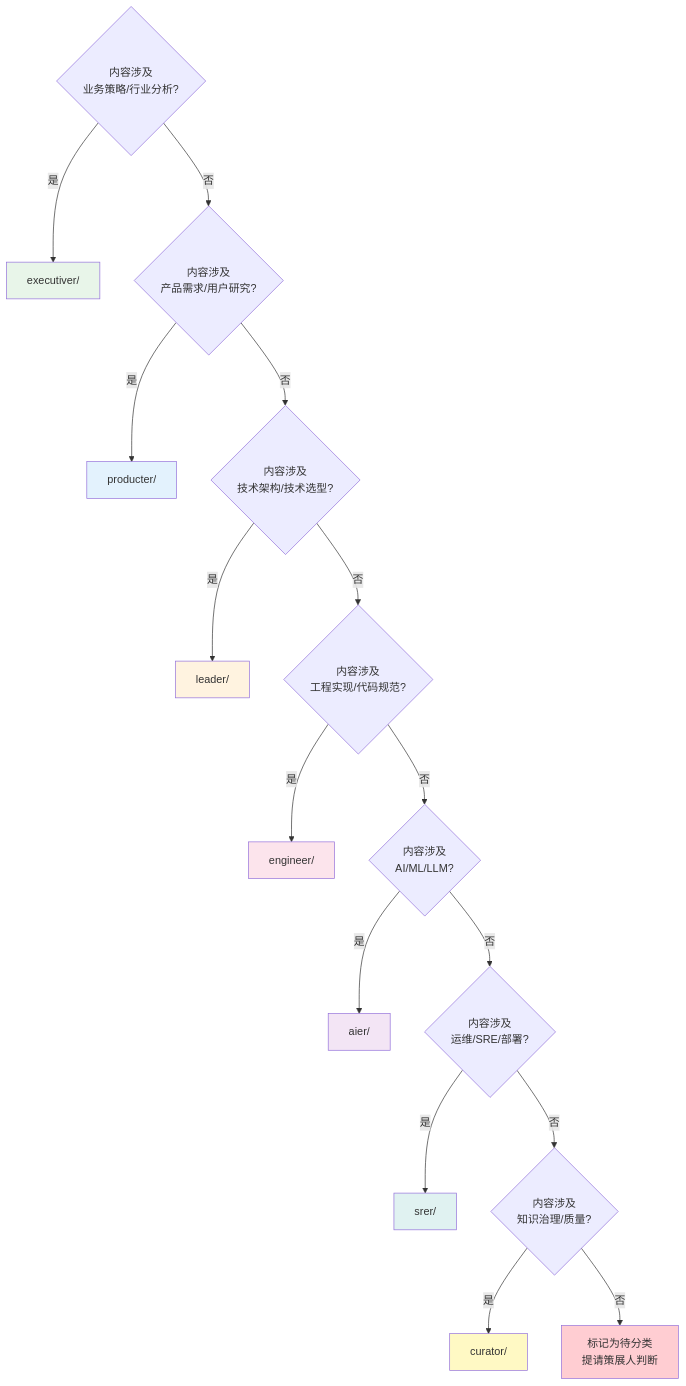
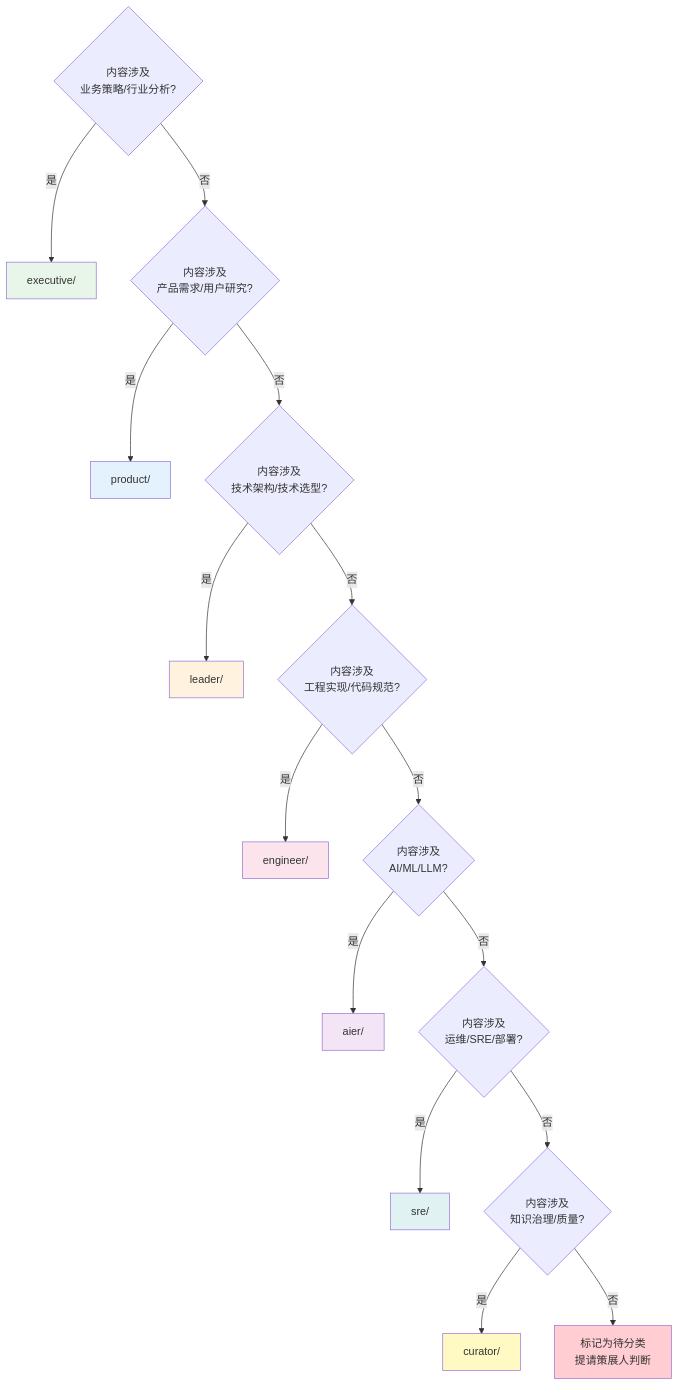
One commit to effiy/YrY changed the first of 3 diagrams in YiKnowledge/projects/yiknowledge/prds/2026-07/02-架构设计-角色目录与流水线设计.md. Above: the diagram before and after it, drawn with Mermaid. The commit also changed other lines of this file and 4958 other files, not shown here.

````diff
--- a/YiKnowledge/projects/yiknowledge/prds/2026-07/02-架构设计-角色目录与流水线设计.md
+++ b/YiKnowledge/projects/yiknowledge/prds/2026-07/02-架构设计-角色目录与流水线设计.md
@@ -157,26 +157,26 @@
 ```mermaid
 graph TD
-  Q1{"内容涉及<br/>业务策略/行业分析?"} -->|是| EXEC["executiver/"]
+  Q1{"内容涉及<br/>业务策略/行业分析?"} -->|是| EXEC["executive/"]
   Q1 -->|否| Q2{"内容涉及<br/>产品需求/用户研究?"}
-  Q2 -->|是| PROD["producter/"]
+  Q2 -->|是| PROD["product/"]
   Q2 -->|否| Q3{"内容涉及<br/>技术架构/技术选型?"}
   Q3 -->|是| LEAD["leader/"]
   Q3 -->|否| Q4{"内容涉及<br/>工程实现/代码规范?"}
   Q4 -->|是| ENG["engineer/"]
   Q4 -->|否| Q5{"内容涉及<br/>AI/ML/LLM?"}
   Q5 -->|是| AI["aier/"]
   Q5 -->|否| Q6{"内容涉及<br/>运维/SRE/部署?"}
-  Q6 -->|是| SRE["srer/"]
+  Q6 -->|是| SRE["sre/"]
   Q6 -->|否| Q7{"内容涉及<br/>知识治理/质量?"}
   Q7 -->|是| CURATOR["curator/"]
   Q7 -->|否| AMBIGUOUS["标记为待分类<br/>提请策展人判断"]
 
   style EXEC fill:#e8f5e9
   style PROD fill:#e3f2fd
   style LEAD fill:#fff3e0
   style ENG fill:#fce4ec
   style AI fill:#f3e5f5
   style SRE fill:#e0f2f1
   style CURATOR fill:#fff9c4
   style AMBIGUOUS fill:#ffcdd2
 ```
````
